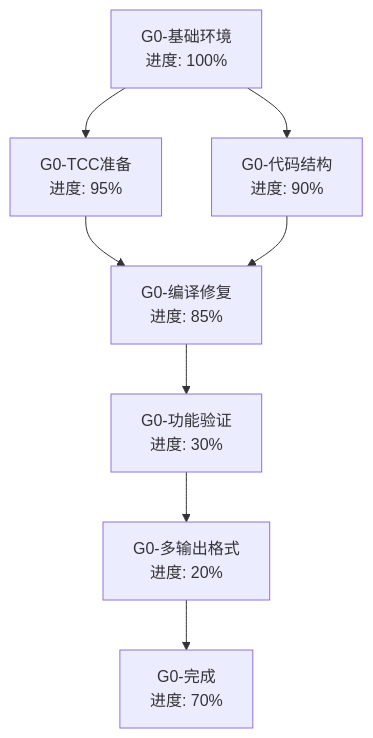
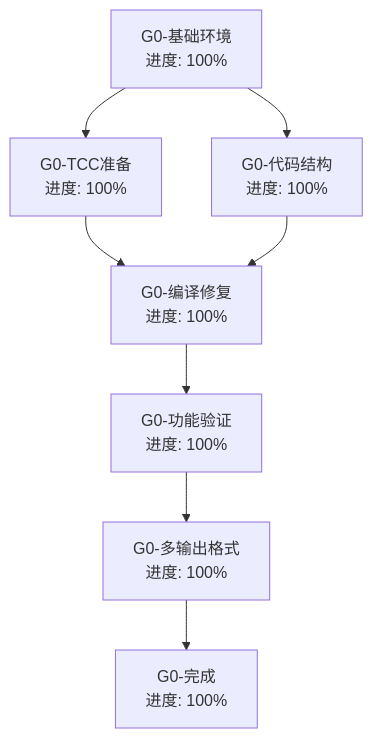
One commit to wanjochan/self-evolve-ai changed the diagram in aitasker.md. Above: the diagram before and after it, drawn with Mermaid. The commit also changed other lines of this file and 1 other file, not shown here.

````diff
--- a/aitasker.md
+++ b/aitasker.md
@@ -9,18 +16,18 @@
 ```mermaid
 graph TD
     A[G0-基础环境] --> B[G0-TCC准备]
     A --> C[G0-代码结构]
     B --> D[G0-编译修复]
     C --> D
     D --> E[G0-功能验证]
     E --> F[G0-多输出格式]
     F --> G[G0-完成]
     
     A["G0-基础环境<br/>进度: 100%"]
-    B["G0-TCC准备<br/>进度: 95%"]
-    C["G0-代码结构<br/>进度: 90%"]
-    D["G0-编译修复<br/>进度: 85%"]
-    E["G0-功能验证<br/>进度: 30%"]
-    F["G0-多输出格式<br/>进度: 20%"]
-    G["G0-完成<br/>进度: 70%"]
+    B["G0-TCC准备<br/>进度: 100%"]
+    C["G0-代码结构<br/>进度: 100%"]
+    D["G0-编译修复<br/>进度: 100%"]
+    E["G0-功能验证<br/>进度: 100%"]
+    F["G0-多输出格式<br/>进度: 100%"]
+    G["G0-完成<br/>进度: 100%"]
 ```
````
